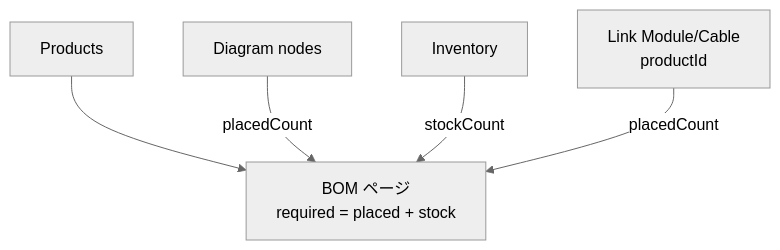
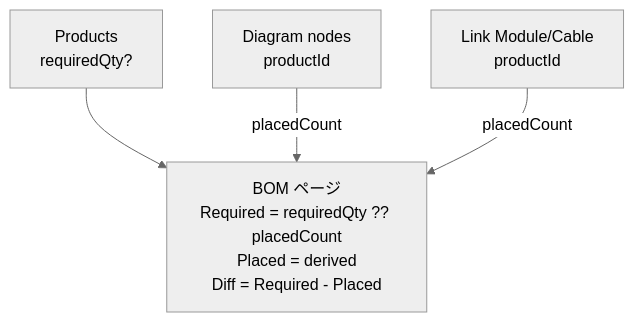
One commit to konoe-akitoshi/shumoku changed the fifth of 5 diagrams in apps/editor/docs/materials-flow.md. Above: the diagram before and after it, drawn with Mermaid (neutral theme). The commit also changed other lines of this file, not shown here.

First line of the commit message:
docs(editor): rewrite materials-flow around Required model

````diff
--- a/apps/editor/docs/materials-flow.md
+++ b/apps/editor/docs/materials-flow.md
@@ -158,8 +146,7 @@
 ```mermaid
 flowchart TD
-  P[Products] --> BOM
-  D[Diagram nodes] -->|placedCount| BOM
-  I[Inventory] -->|stockCount| BOM
+  P[Products<br/>requiredQty?] --> BOM
+  D[Diagram nodes<br/>productId] -->|placedCount| BOM
   L[Link Module/Cable<br/>productId] -->|placedCount| BOM
-  BOM[BOM ページ<br/>required = placed + stock]
+  BOM[BOM ページ<br/>Required = requiredQty ?? placedCount<br/>Placed = derived<br/>Diff = Required - Placed]
 ```
````
